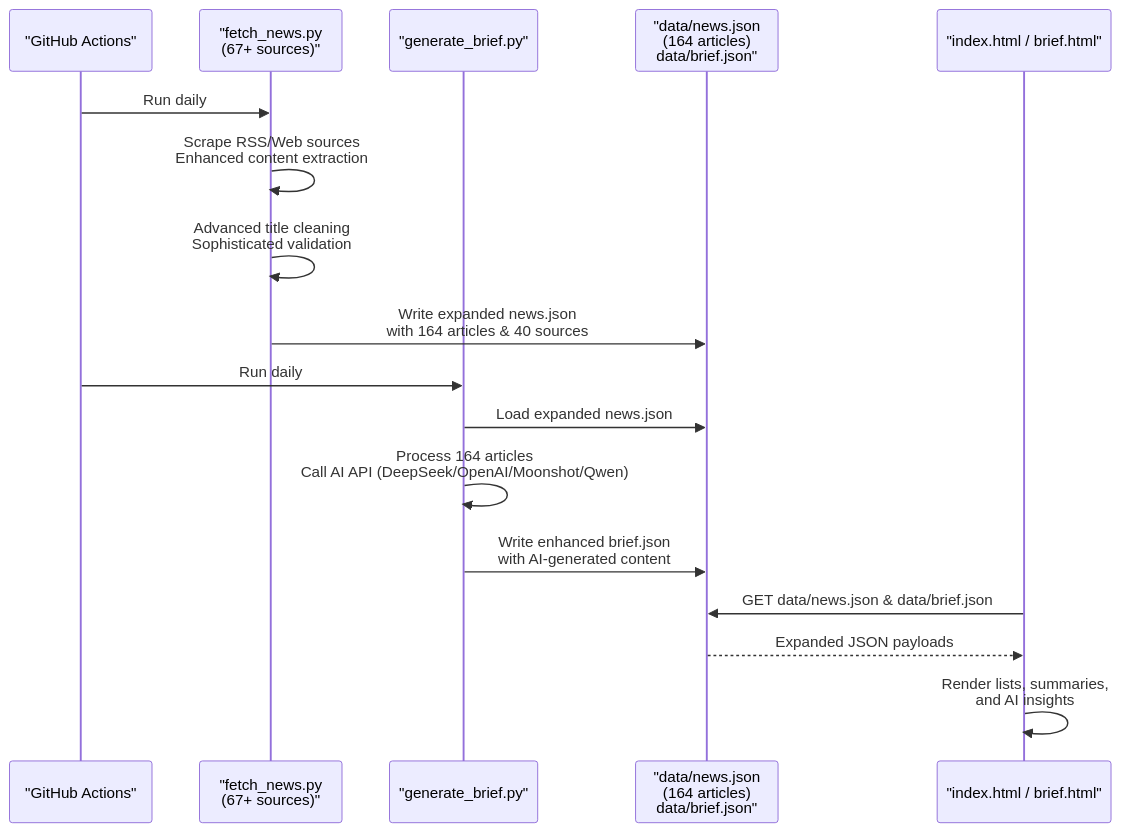
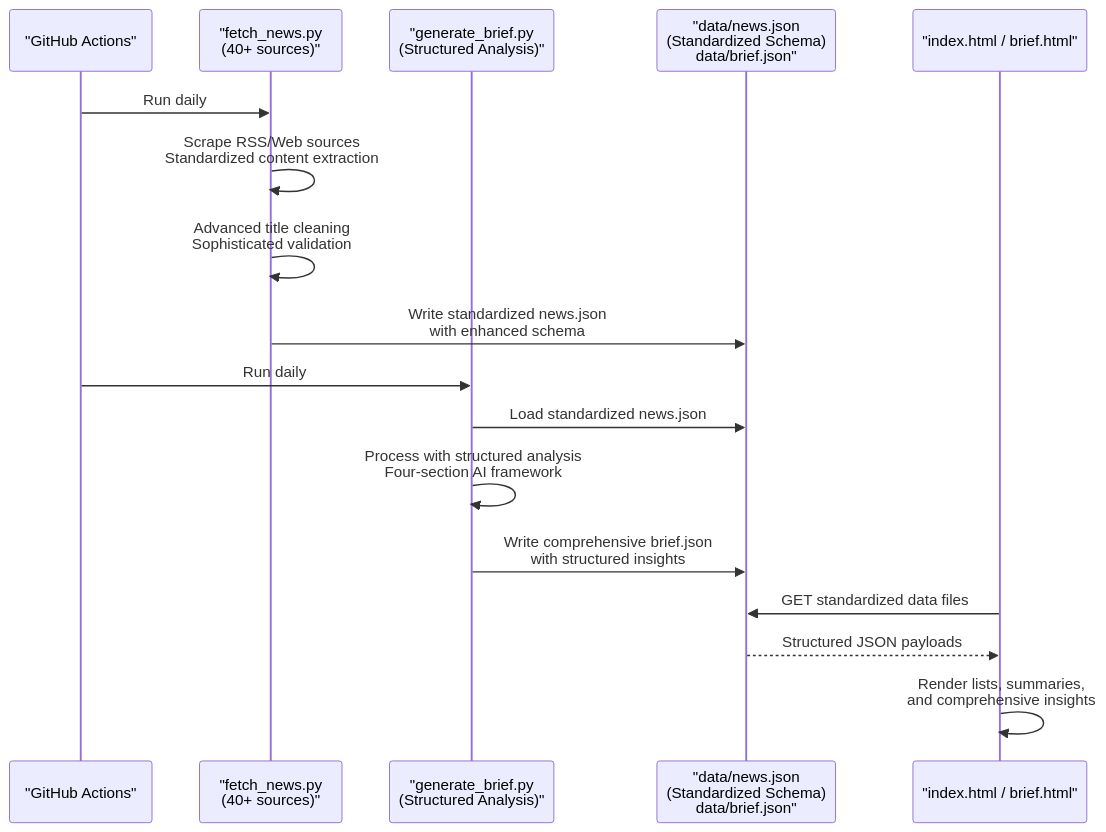
Before and after one commit to junxie01/daily_news: the second of 4 diagrams in .qoder/repowiki/en/content/Data Management.md, drawn with Mermaid. The commit also changed other lines of this file and 4 other files, not shown here.

````diff
--- a/.qoder/repowiki/en/content/Data Management.md
+++ b/.qoder/repowiki/en/content/Data Management.md
@@ -104,19 +103,19 @@
 ```mermaid
 sequenceDiagram
 participant Scheduler as "GitHub Actions"
-participant Fetcher as "fetch_news.py<br/>(67+ sources)"
-participant AIGenerator as "generate_brief.py"
-participant Storage as "data/news.json<br/>(164 articles)<br/>data/brief.json"
+participant Fetcher as "fetch_news.py<br/>(40+ sources)"
+participant AIGenerator as "generate_brief.py<br/>(Structured Analysis)"
+participant Storage as "data/news.json<br/>(Standardized Schema)<br/>data/brief.json"
 participant Browser as "index.html / brief.html"
 Scheduler->>Fetcher : Run daily
-Fetcher->>Fetcher : Scrape RSS/Web sources<br/>Enhanced content extraction
+Fetcher->>Fetcher : Scrape RSS/Web sources<br/>Standardized content extraction
 Fetcher->>Fetcher : Advanced title cleaning<br/>Sophisticated validation
-Fetcher->>Storage : Write expanded news.json<br/>with 164 articles & 40 sources
+Fetcher->>Storage : Write standardized news.json<br/>with enhanced schema
 Scheduler->>AIGenerator : Run daily
-AIGenerator->>Storage : Load expanded news.json
-AIGenerator->>AIGenerator : Process 164 articles<br/>Call AI API (DeepSeek/OpenAI/Moonshot/Qwen)
-AIGenerator->>Storage : Write enhanced brief.json<br/>with AI-generated content
-Browser->>Storage : GET data/news.json & data/brief.json
-Storage-->>Browser : Expanded JSON payloads
-Browser->>Browser : Render lists, summaries,<br/>and AI insights
+AIGenerator->>Storage : Load standardized news.json
+AIGenerator->>AIGenerator : Process with structured analysis<br/>Four-section AI framework
+AIGenerator->>Storage : Write comprehensive brief.json<br/>with structured insights
+Browser->>Storage : GET standardized data files
+Storage-->>Browser : Structured JSON payloads
+Browser->>Browser : Render lists, summaries,<br/>and comprehensive insights
 ```
````
